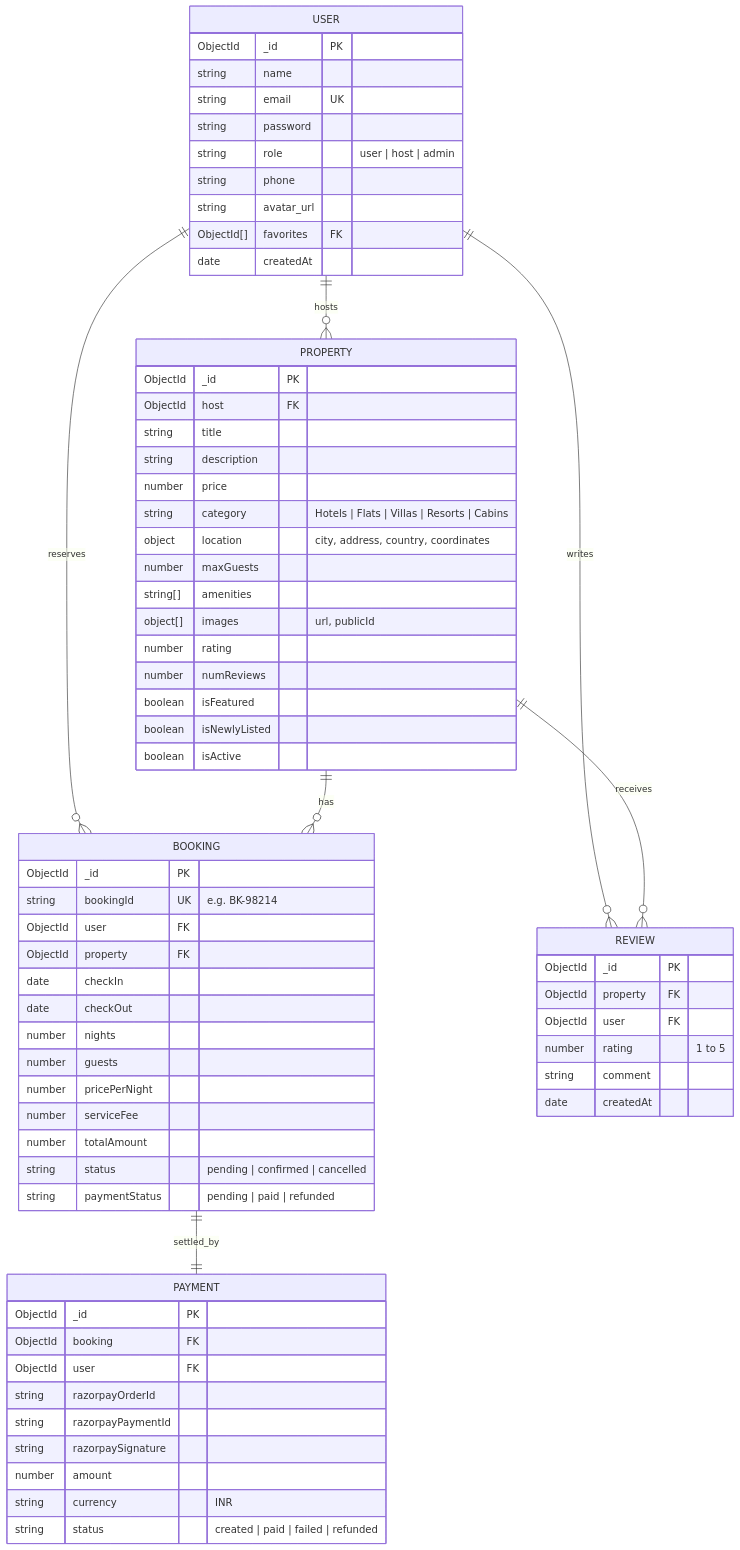
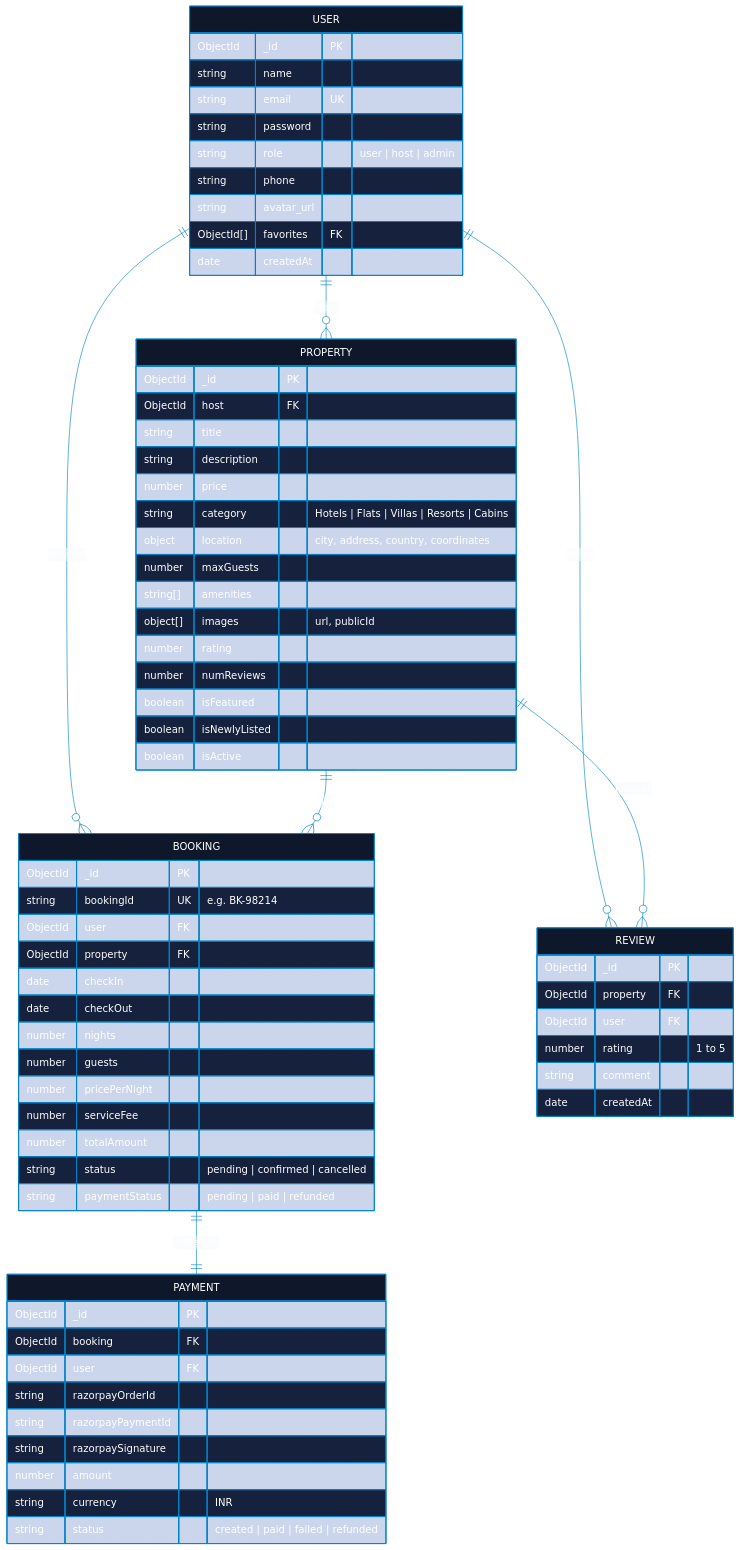
One commit to m4nish-dev/homely changed the sixth of 6 diagrams in README.md. Above: the diagram before and after it, drawn with Mermaid. The commit also changed other lines of this file, not shown here.

Commit message:
docs: center-align header, add custom vibrant colors to Mermaid diagrams, and remove AI emojis

````diff
--- a/README.md
+++ b/README.md
@@ -231,4 +334,16 @@
 ```mermaid
+%%{init: {
+  'theme': 'base',
+  'themeVariables': {
+    'primaryColor': '#0f172a',
+    'primaryTextColor': '#ffffff',
+    'primaryBorderColor': '#0284c7',
+    'lineColor': '#0284c7',
+    'tertiaryColor': '#f8fafc',
+    'attributeBackgroundColorEven': '#f8fafc',
+    'attributeBackgroundColorOdd': '#ffffff'
+  }
+}}%%
 erDiagram
     USER ||--o{ PROPERTY : "hosts"
     USER ||--o{ BOOKING : "reserves"
````
